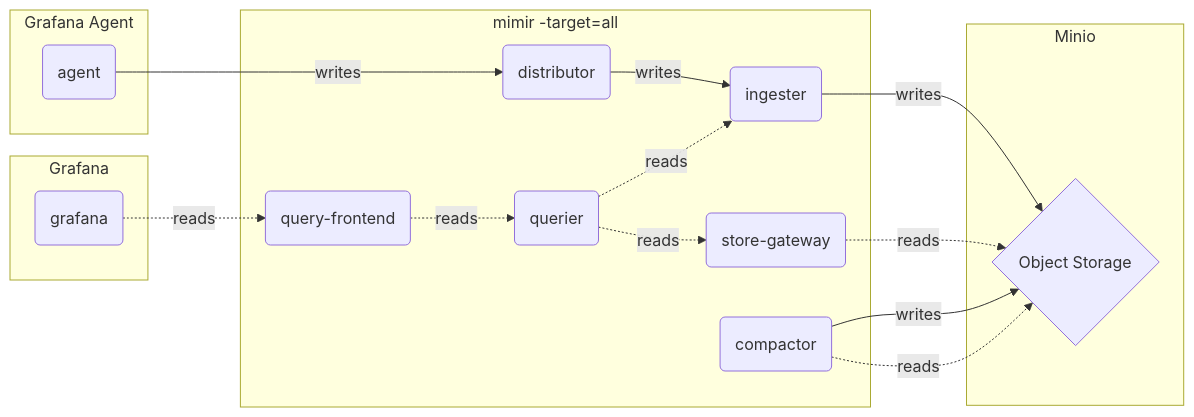
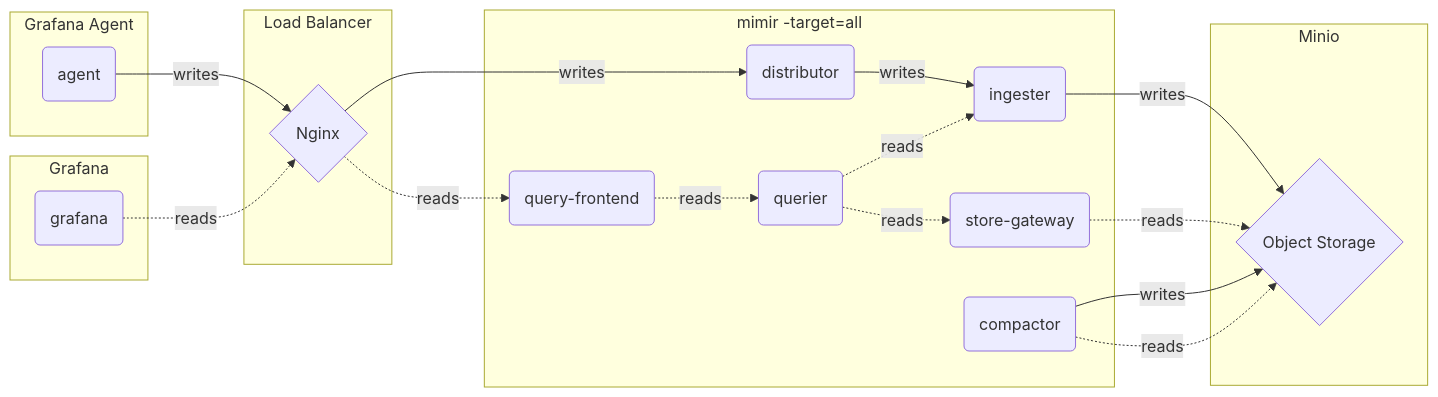
The first of 2 diagrams in docker-compose/monolithic-mode/metrics/README.md (qclaogui/codelab-monitoring), drawn with Mermaid before and after one commit. The commit also changed 12 other files, not shown here.

````diff
--- a/docker-compose/monolithic-mode/metrics/README.md
+++ b/docker-compose/monolithic-mode/metrics/README.md
@@ -9,27 +9,30 @@
 ```mermaid
 flowchart LR
-    A --->|writes| D  --> |writes| I --> |writes| M
-    G -.->|reads | QF -.->|reads | Q -.->|reads | SG -.->|reads| M
+    A -->|writes| GW --->|writes| D  --> |writes| I --> |writes| M
+    G -.->|reads | GW -.->|reads | QF -.->|reads | Q -.->|reads | SG -.->|reads| M
 
     subgraph Minio
         M{"Object Storage"}
     end
     subgraph Agent["Grafana Agent"]
         A("agent")
     end
     subgraph Grafana
         G("grafana")
+    end
+    subgraph Gateway["Load Balancer"]
+        GW{"Nginx"}
     end
 
     subgraph Mimir["mimir -target=all"]
         I("ingester")
         D("distributor")
         SG("store-gateway")
         QF("query-frontend")
 
         Q("querier")  -.->|reads | I 
         C("compactor") -->|writes| M
 
         C -.->|reads | M
     end
 ```
````
